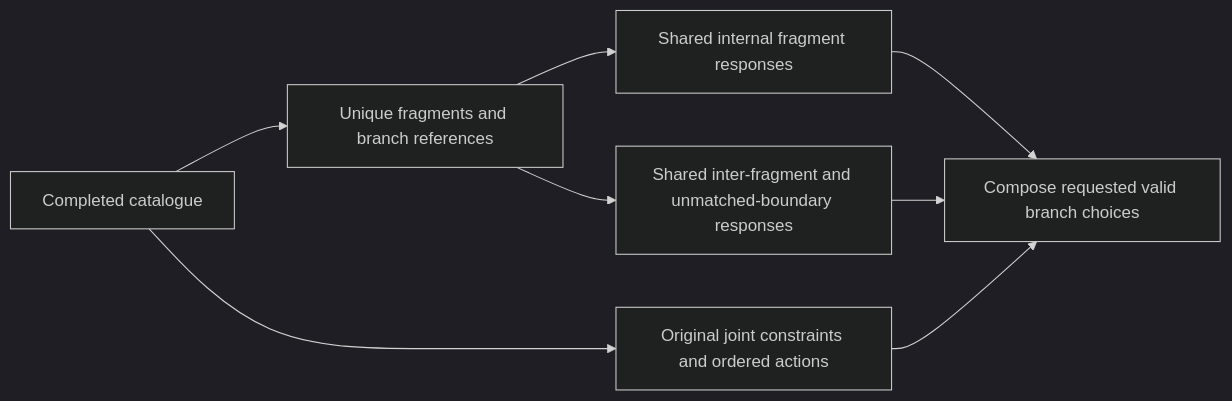
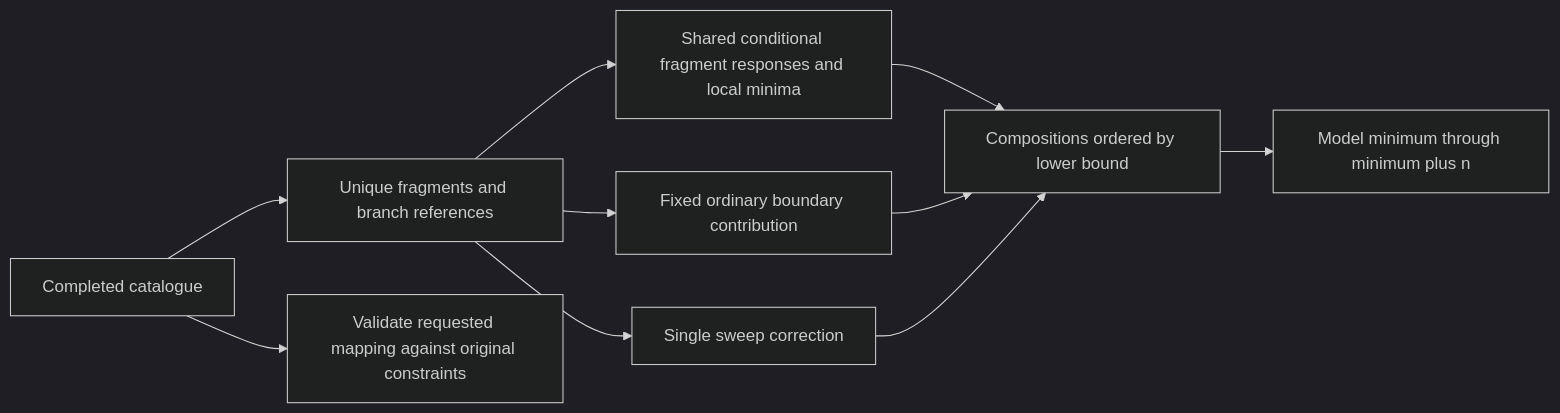
Before and after one commit to yunhzou/MAPPA-AAM: the fifth of 6 diagrams in design.md, drawn with Mermaid (dark theme). The commit also changed other lines of this file and 25 other files, not shown here.

Commit message:
Apply fragment event window with fixed boundaries and one sweep correction

````diff
--- a/design.md
+++ b/design.md
@@ -375,10 +377,12 @@
 ```mermaid
 flowchart LR
     Catalogue[Completed catalogue] --> Inventory[Unique fragments and branch references]
-    Inventory --> Internal[Shared internal fragment responses]
-    Inventory --> Boundary[Shared inter-fragment and unmatched-boundary responses]
-    Internal --> Compose[Compose requested valid branch choices]
+    Inventory --> Local[Shared conditional fragment responses and local minima]
+    Inventory --> Boundary[Fixed ordinary boundary contribution]
+    Inventory --> Sweep[Single sweep correction]
+    Local --> Compose[Compositions ordered by lower bound]
     Boundary --> Compose
-    Catalogue --> Constraints[Original joint constraints and ordered actions]
-    Constraints --> Compose
+    Sweep --> Compose
+    Compose --> Window[Model minimum through minimum plus n]
+    Catalogue --> Realize[Validate requested mapping against original constraints]
 ```
````
